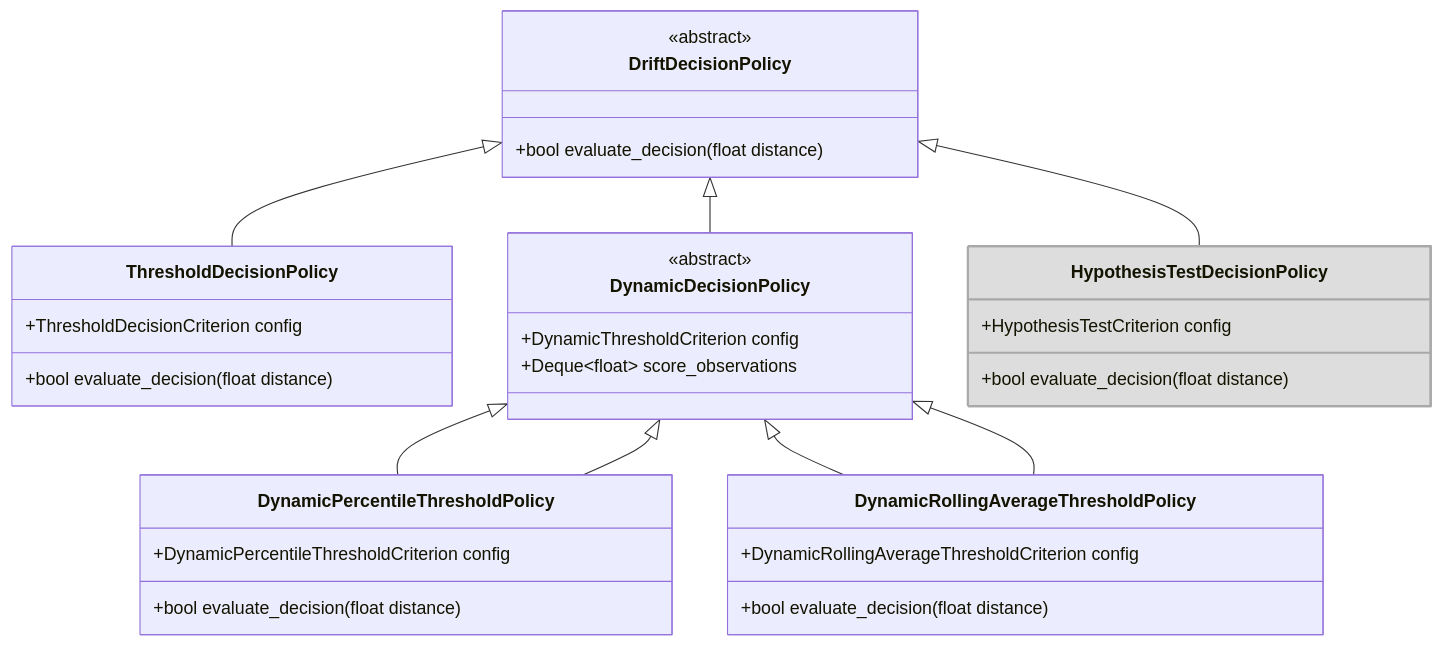
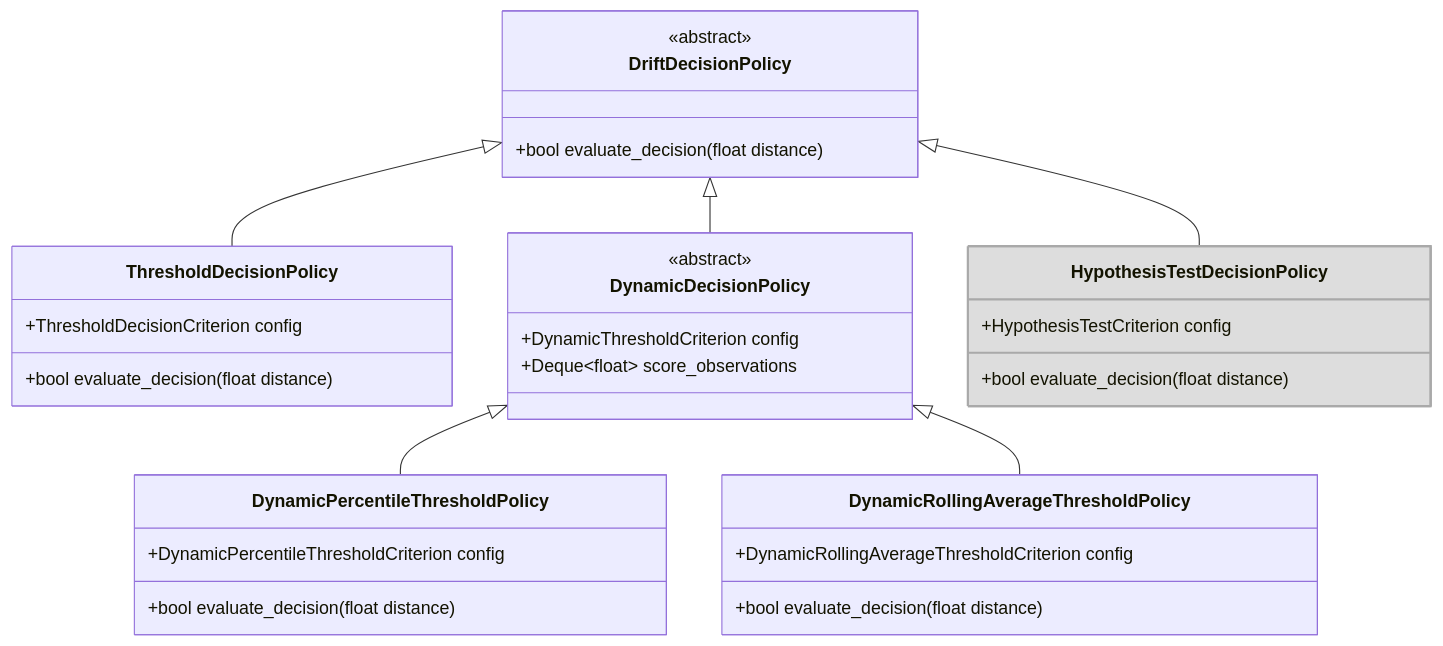
The fifth of 5 diagrams in docs/pipeline/triggers/DRIFT_TRIGGER.md (eth-easl/modyn), drawn with Mermaid before and after one commit. The commit also changed other lines of this file and 2 other files, not shown here.

````diff
--- a/docs/pipeline/triggers/DRIFT_TRIGGER.md
+++ b/docs/pipeline/triggers/DRIFT_TRIGGER.md
@@ -228,44 +237,41 @@
 ```mermaid
 classDiagram
     class DriftDecisionPolicy {
         <<abstract>>
         +bool evaluate_decision(float distance)
     }
 
     class ThresholdDecisionPolicy {
         +ThresholdDecisionCriterion config
         +bool evaluate_decision(float distance)
     }
 
     class DynamicDecisionPolicy {
         <<abstract>>
         +DynamicThresholdCriterion config
         +Deque~float~ score_observations
     }
 
     class DynamicPercentileThresholdPolicy {
         +DynamicPercentileThresholdCriterion config
         +bool evaluate_decision(float distance)
     }
 
     class DynamicRollingAverageThresholdPolicy {
         +DynamicRollingAverageThresholdCriterion config
         +bool evaluate_decision(float distance)
     }
 
     class HypothesisTestDecisionPolicy {
         +HypothesisTestCriterion config
         +bool evaluate_decision(float distance)
     }
 
     DriftDecisionPolicy <|-- ThresholdDecisionPolicy
     DriftDecisionPolicy <|-- DynamicDecisionPolicy
     DynamicDecisionPolicy <|-- DynamicPercentileThresholdPolicy
     DynamicDecisionPolicy <|-- DynamicRollingAverageThresholdPolicy
     DriftDecisionPolicy <|-- HypothesisTestDecisionPolicy
 
-    DynamicDecisionPolicy <|-- DynamicPercentileThresholdPolicy
-    DynamicDecisionPolicy <|-- DynamicRollingAverageThresholdPolicy
-
     style HypothesisTestDecisionPolicy fill:#DDDDDD,stroke:#A9A9A9,stroke-width:2px
 ```
````
